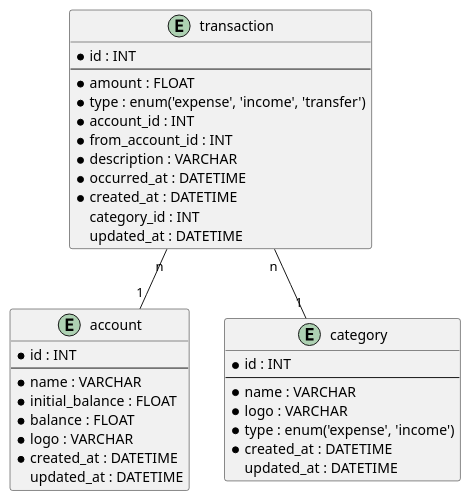
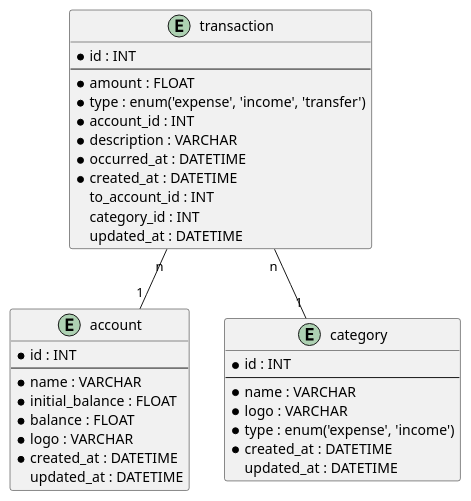
The diagram in docs/erd.puml (ylfyt/duitify), drawn with PlantUML before and after one commit. The commit also changed 13 other files, not shown here.

```diff
--- a/docs/erd.puml
+++ b/docs/erd.puml
@@ -1,42 +1,42 @@
 @startuml erd
 
 entity account {
     * id : INT
     --
     * name : VARCHAR
     * initial_balance : FLOAT
     * balance : FLOAT
     * logo : VARCHAR
     * created_at : DATETIME
     updated_at : DATETIME
 }
 
 entity category {
     * id : INT
     --
     * name : VARCHAR
     * logo : VARCHAR
     * type : enum('expense', 'income')
     * created_at : DATETIME
     updated_at : DATETIME
 }
 
 
 entity transaction {
     * id : INT
     --
     * amount : FLOAT
     * type : enum('expense', 'income', 'transfer')
     * account_id : INT
-    * from_account_id : INT
     * description : VARCHAR
     * occurred_at : DATETIME
     * created_at : DATETIME
+    to_account_id : INT
     category_id : INT
     updated_at : DATETIME
 }
 
 transaction "n" -- "1" account
 transaction "n" -- "1" category
 
 @enduml
```
